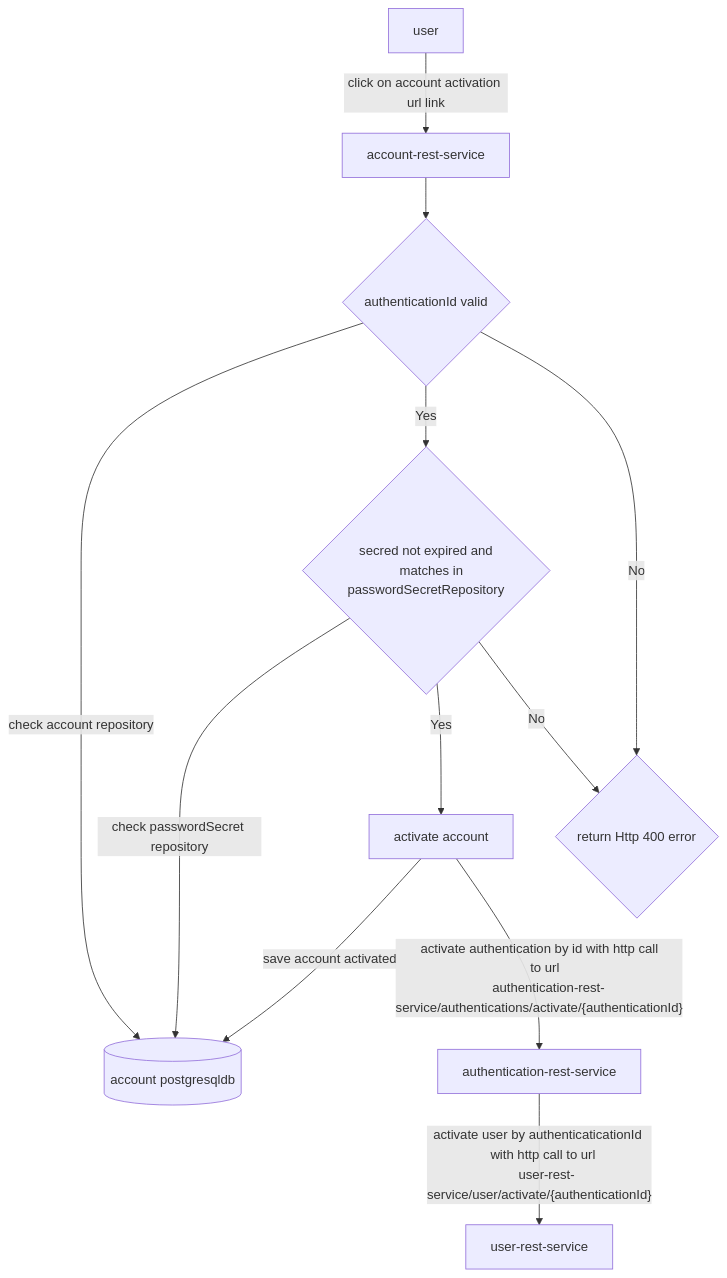
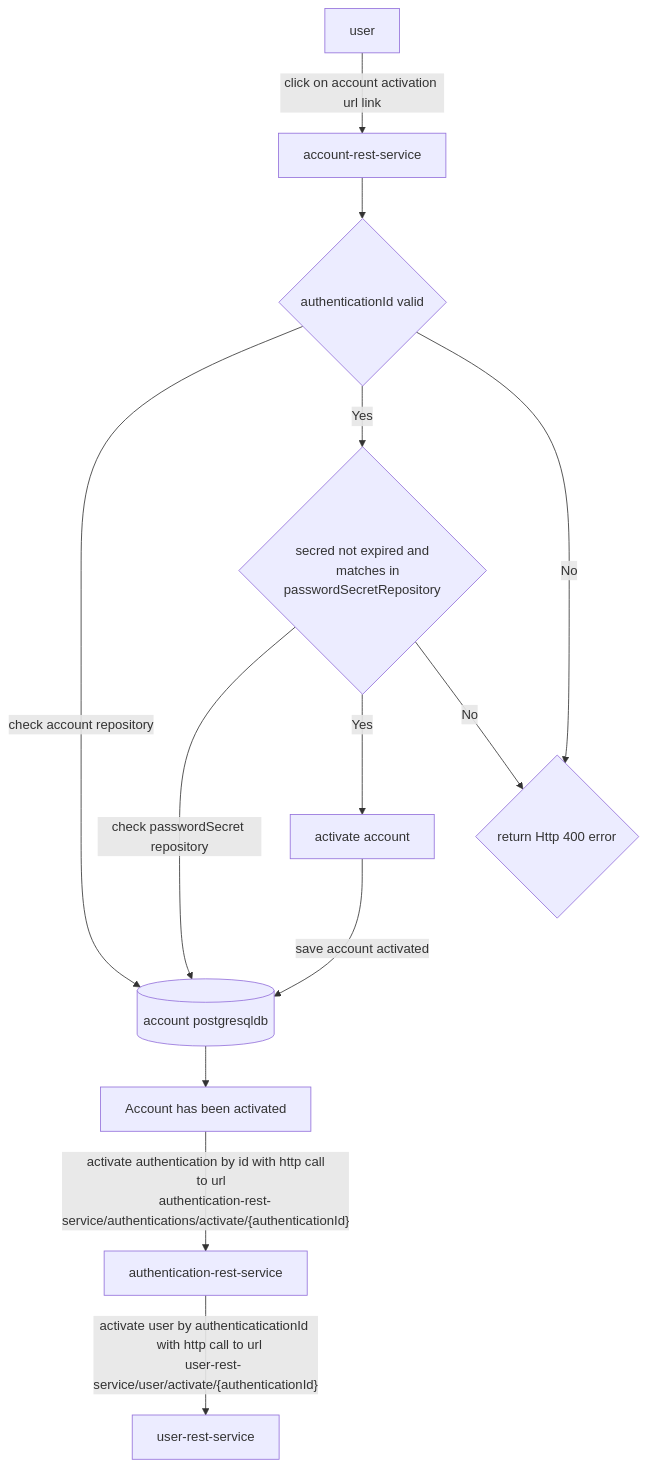
Before and after one commit to sonamsamdupkhangsar/account-rest-service: the diagram in README.md, drawn with Mermaid.

Commit message:
commit flow

````diff
--- a/README.md
+++ b/README.md
@@ -63,19 +63,20 @@
 ```mermaid
 flowchart TD
     User[user] --"click on account activation url link" -->  AccountRestService[account-rest-service] 
     AccountRestService --> authIdValid{authenticationId valid}
     authIdValid --"check account repository"--> AccountPgsqlDb[(account postgresqldb)]
    authIdValid -->|Yes| secretValid{"secred not expired and
     matches in passwordSecretRepository"}
    authIdValid -->|No| error400{return Http 400 error}
    secretValid --"check passwordSecret repository" -->AccountPgsqlDb
    secretValid -->|Yes| activateAccount[activate account]
    activateAccount --"save account activated" --> AccountPgsqlDb
+   AccountPgsqlDb --> accountActivated["Account has been activated"]
    secretValid -->|No| error400
-   activateAccount -- "activate authentication by id with http call
+   accountActivated -- "activate authentication by id with http call
      to url  
      authentication-rest-service/authentications/activate/{authenticationId}" --> AuthtenticationRestService[authentication-rest-service]
     AuthtenticationRestService --"activate user by authenticaticationId 
     with http call to url  
     user-rest-service/user/activate/{authenticationId}" --> UserRestService[user-rest-service]    
 ```
````
